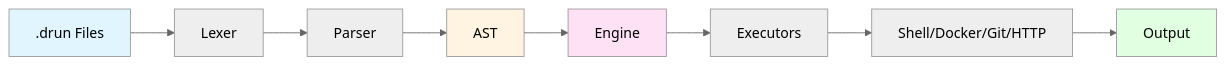
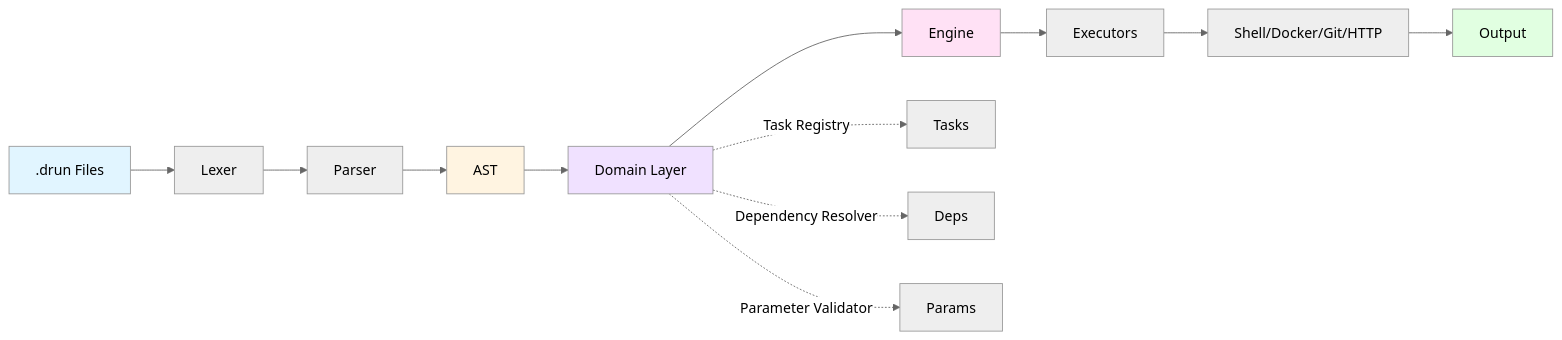
Before and after one commit to phillarmonic/drun: the first of 9 diagrams in ARCHITECTURE.md, drawn with Mermaid (neutral theme). The commit also changed other lines of this file and 2 other files, not shown here.

Commit message:
Domain layer

````diff
--- a/ARCHITECTURE.md
+++ b/ARCHITECTURE.md
@@ -28,15 +28,21 @@
 ```mermaid
 graph LR
     A[.drun Files] --> B[Lexer]
     B --> C[Parser]
     C --> D[AST]
-    D --> E[Engine]
+    D --> DOM[Domain Layer]
+    DOM --> E[Engine]
     E --> F[Executors]
     F --> G[Shell/Docker/Git/HTTP]
     G --> H[Output]
     
+    DOM -.->|Task Registry| DOM1[Tasks]
+    DOM -.->|Dependency Resolver| DOM2[Deps]
+    DOM -.->|Parameter Validator| DOM3[Params]
+    
     style A fill:#e1f5ff
     style D fill:#fff4e1
+    style DOM fill:#f0e1ff
     style E fill:#ffe1f5
     style H fill:#e1ffe1
 ```
````
